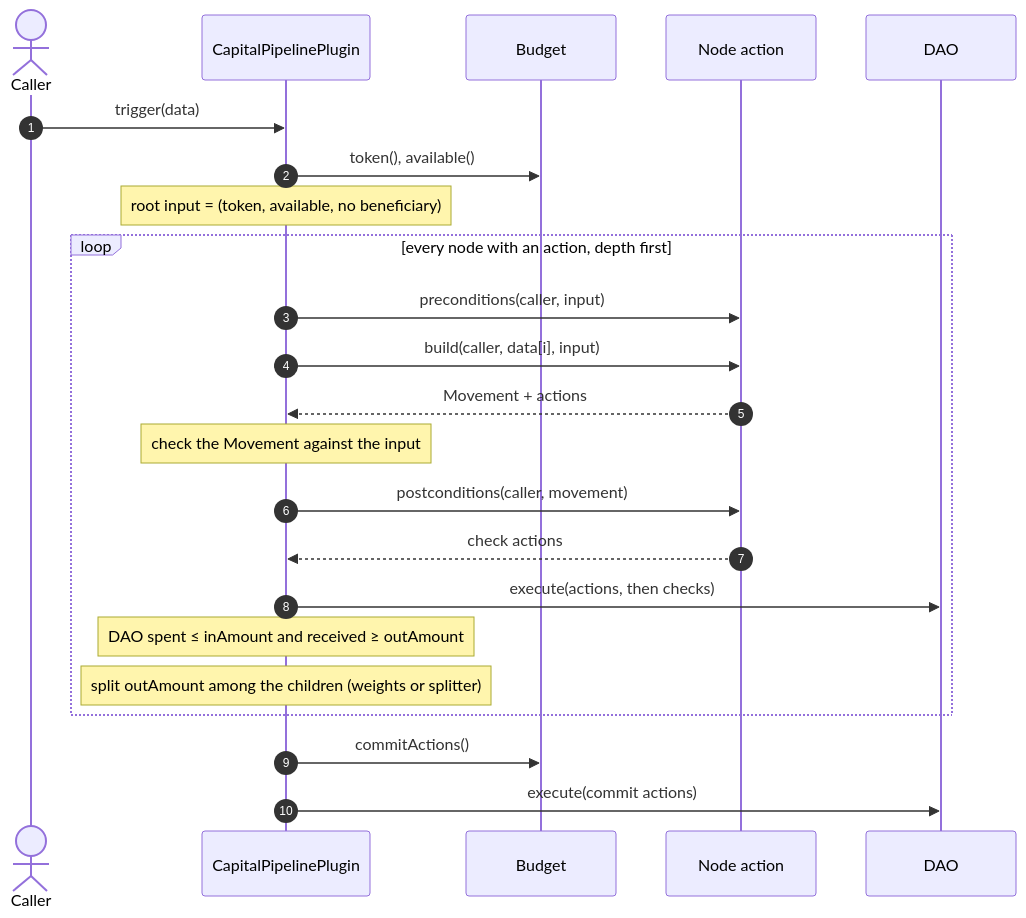
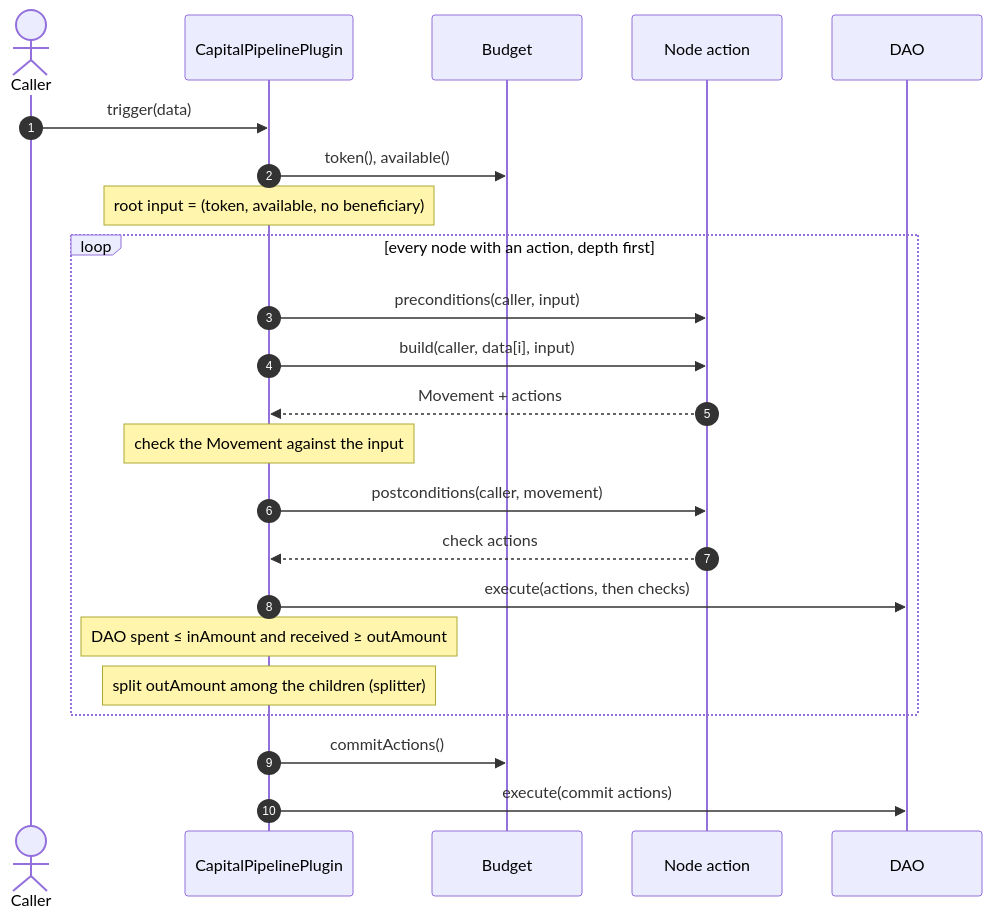
The second of 10 diagrams in README.md (antfarm-official/tree-capital), drawn with Mermaid before and after one commit. The commit also changed other lines of this file and 24 other files, not shown here.

````diff
--- a/README.md
+++ b/README.md
@@ -53,26 +53,26 @@
 ```mermaid
 sequenceDiagram
     autonumber
     actor Caller
     participant Plugin as CapitalPipelinePlugin
     participant Budget
     participant Action as Node action
     participant DAO
 
     Caller->>Plugin: trigger(data)
     Plugin->>Budget: token(), available()
     Note over Plugin: root input = (token, available, no beneficiary)
     loop every node with an action, depth first
         Plugin->>Action: preconditions(caller, input)
         Plugin->>Action: build(caller, data[i], input)
         Action-->>Plugin: Movement + actions
         Note over Plugin: check the Movement against the input
         Plugin->>Action: postconditions(caller, movement)
         Action-->>Plugin: check actions
         Plugin->>DAO: execute(actions, then checks)
         Note over Plugin: DAO spent ≤ inAmount and received ≥ outAmount
-        Note over Plugin: split outAmount among the children (weights or splitter)
+        Note over Plugin: split outAmount among the children (splitter)
     end
     Plugin->>Budget: commitActions()
     Plugin->>DAO: execute(commit actions)
 ```
````
